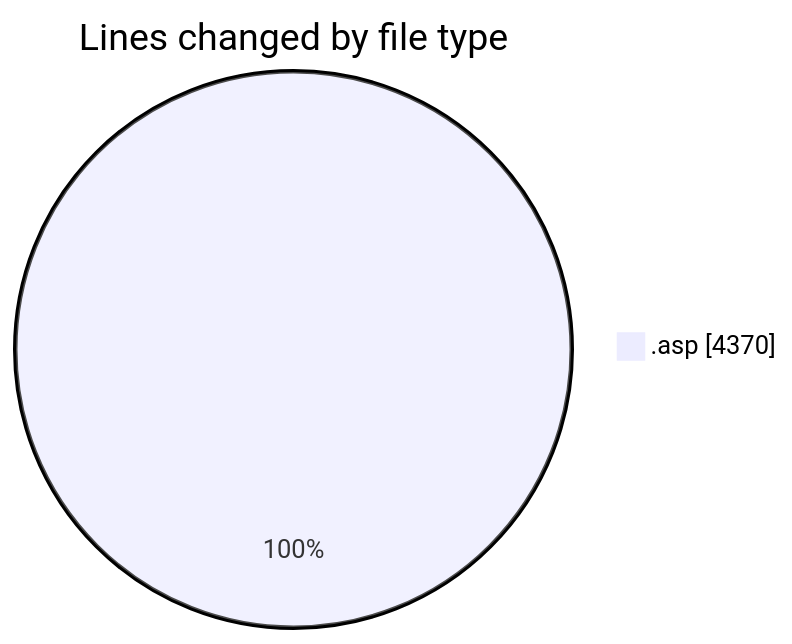
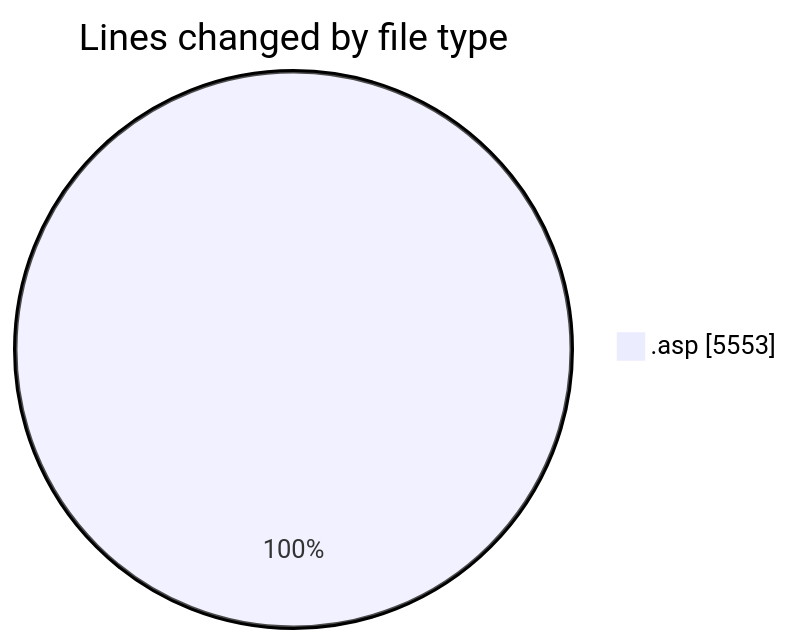
One commit to julien-gomy/code-tracking changed the first of 2 diagrams in 2025-11-18/cdp_aleoudev_fr__workspace_/README.md. Above: the diagram before and after it, drawn with Mermaid. The commit also changed other lines of this file and 1 other file, not shown here.

````diff
--- a/2025-11-18/cdp_aleoudev_fr__workspace_/README.md
+++ b/2025-11-18/cdp_aleoudev_fr__workspace_/README.md
@@ -26,5 +27,5 @@
 ```mermaid
 pie showData
 title Lines changed by file type
-".asp" : 4370
+".asp" : 5553
 ```
````
